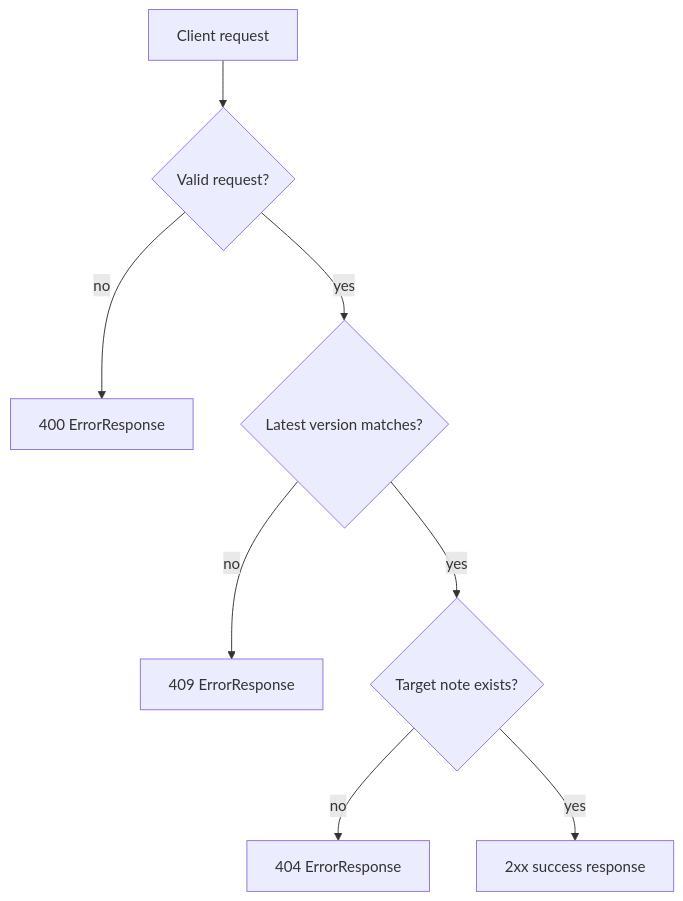
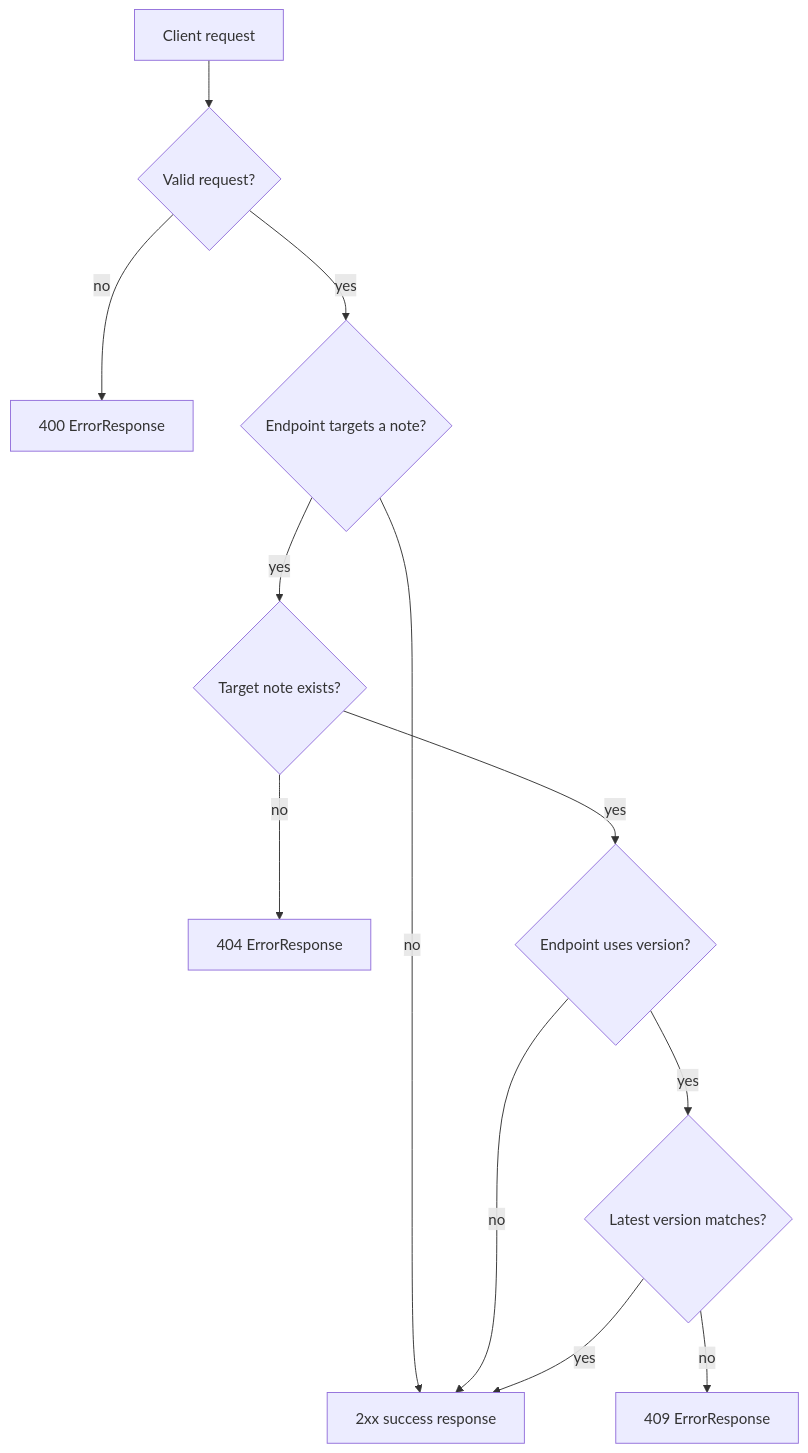
One commit to fcrozetta/mnemosyne changed the diagram in docs/alpha-error-model.md. Above: the diagram before and after it, drawn with Mermaid. The commit also changed other lines of this file and 19 other files, not shown here.

````diff
--- a/docs/alpha-error-model.md
+++ b/docs/alpha-error-model.md
@@ -56,10 +56,14 @@
 ```mermaid
 flowchart TD
     A[Client request] --> B{Valid request?}
     B -- no --> C[400 ErrorResponse]
-    B -- yes --> D{Latest version matches?}
-    D -- no --> E[409 ErrorResponse]
+    B -- yes --> D{Endpoint targets a note?}
+    D -- no --> E[2xx success response]
     D -- yes --> F{Target note exists?}
     F -- no --> G[404 ErrorResponse]
-    F -- yes --> H[2xx success response]
+    F -- yes --> H{Endpoint uses version?}
+    H -- no --> E
+    H -- yes --> I{Latest version matches?}
+    I -- no --> J[409 ErrorResponse]
+    I -- yes --> E
 ```
````
